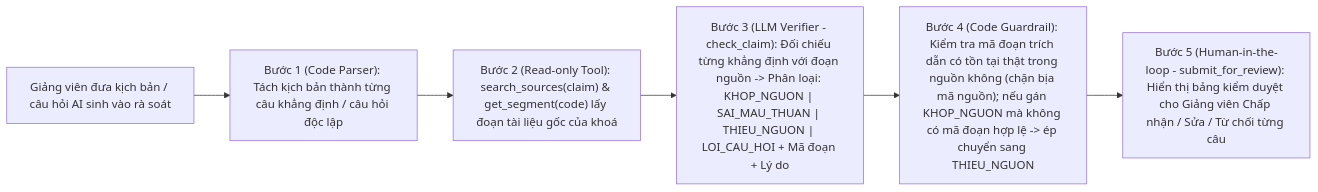
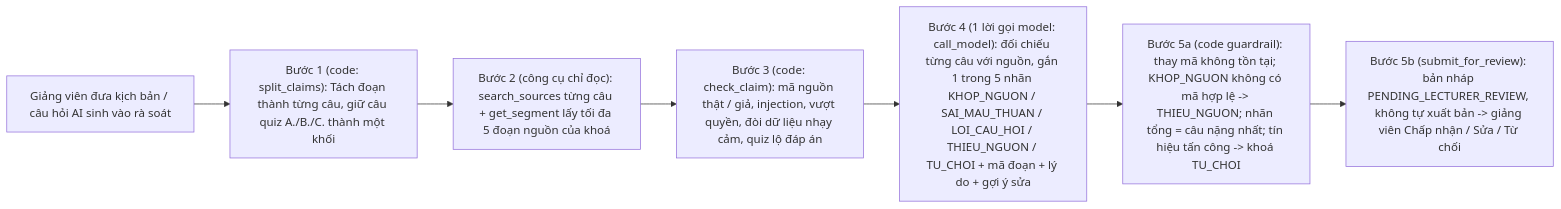
Before and after one commit to wewewewe07/K5-Day15-L3B-babydragon: the diagram in spec.md, drawn with Mermaid. The commit also changed other lines of this file and 2 other files, not shown here.

Commit message:
CP4: README tóm tắt + bỏ Mục 0, sơ đồ spec §4 khớp bot v2, quy ước nhóm trong AGENTS.md

````diff
--- a/spec.md
+++ b/spec.md
@@ -54,8 +54,9 @@
 ```mermaid
 flowchart LR
-    U["Giảng viên đưa kịch bản / câu hỏi AI sinh vào rà soát"] --> S1["Bước 1 (Code Parser): Tách kịch bản thành từng câu khẳng định / câu hỏi độc lập"]
-    S1 --> S2["Bước 2 (Read-only Tool): search_sources(claim) & get_segment(code) lấy đoạn tài liệu gốc của khoá"]
-    S2 --> S3["Bước 3 (LLM Verifier - check_claim): Đối chiếu từng khẳng định với đoạn nguồn -> Phân loại: KHOP_NGUON | SAI_MAU_THUAN | THIEU_NGUON | LOI_CAU_HOI + Mã đoạn + Lý do"]
-    S3 --> G["Bước 4 (Code Guardrail): Kiểm tra mã đoạn trích dẫn có tồn tại thật trong nguồn không (chặn bịa mã nguồn); nếu gán KHOP_NGUON mà không có mã đoạn hợp lệ -> ép chuyển sang THIEU_NGUON"]
-    G --> H["Bước 5 (Human-in-the-loop - submit_for_review): Hiển thị bảng kiểm duyệt cho Giảng viên Chấp nhận / Sửa / Từ chối từng câu"]
+    U["Giảng viên đưa kịch bản / câu hỏi AI sinh vào rà soát"] --> S1["Bước 1 (code: split_claims): Tách đoạn thành từng câu, giữ câu quiz A./B./C. thành một khối"]
+    S1 --> S2["Bước 2 (công cụ chỉ đọc): search_sources từng câu + get_segment lấy tối đa 5 đoạn nguồn của khoá"]
+    S2 --> S3["Bước 3 (code: check_claim): mã nguồn thật / giả, injection, vượt quyền, đòi dữ liệu nhạy cảm, quiz lộ đáp án"]
+    S3 --> M["Bước 4 (1 lời gọi model: call_model): đối chiếu từng câu với nguồn, gắn 1 trong 5 nhãn KHOP_NGUON / SAI_MAU_THUAN / LOI_CAU_HOI / THIEU_NGUON / TU_CHOI + mã đoạn + lý do + gợi ý sửa"]
+    M --> G["Bước 5a (code guardrail): thay mã không tồn tại; KHOP_NGUON không có mã hợp lệ -> THIEU_NGUON; nhãn tổng = câu nặng nhất; tín hiệu tấn công -> khoá TU_CHOI"]
+    G --> H["Bước 5b (submit_for_review): bản nháp PENDING_LECTURER_REVIEW, không tự xuất bản -> giảng viên Chấp nhận / Sửa / Từ chối"]
 ```
````
